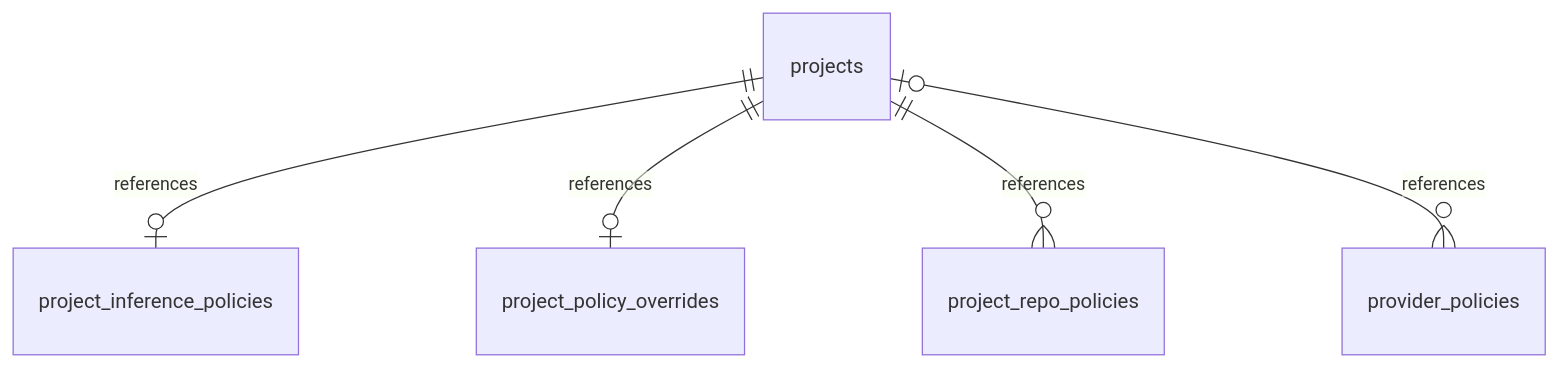
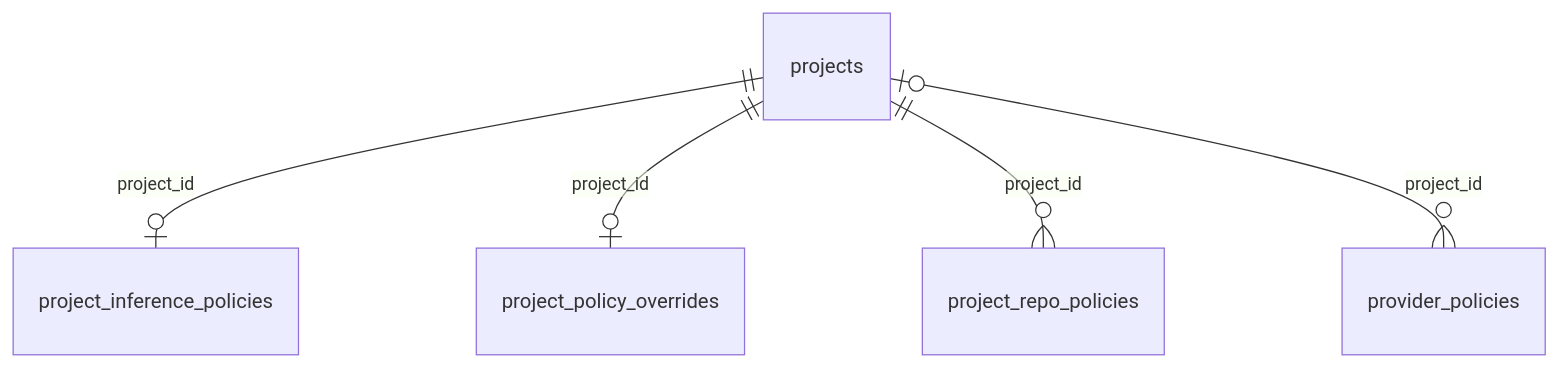
The diagram in docs/reference/data-model/settings-and-policy.md (cebertowicz/corsia), drawn with Mermaid before and after one commit. The commit also changed 10 other files, not shown here.

````diff
--- a/docs/reference/data-model/settings-and-policy.md
+++ b/docs/reference/data-model/settings-and-policy.md
@@ -7,7 +7,7 @@
 ```mermaid
 erDiagram
-    projects ||--o| project_inference_policies : references
-    projects ||--o| project_policy_overrides : references
-    projects ||--o{ project_repo_policies : references
-    projects o|--o{ provider_policies : references
+    projects ||--o| project_inference_policies : project_id
+    projects ||--o| project_policy_overrides : project_id
+    projects ||--o{ project_repo_policies : project_id
+    projects o|--o{ provider_policies : project_id
 ```
````
